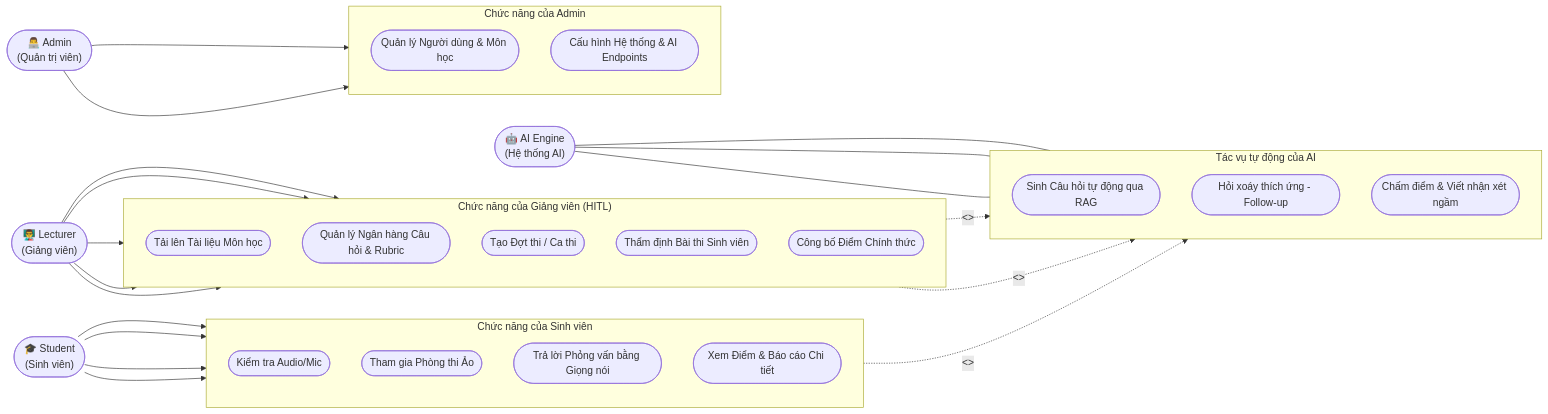
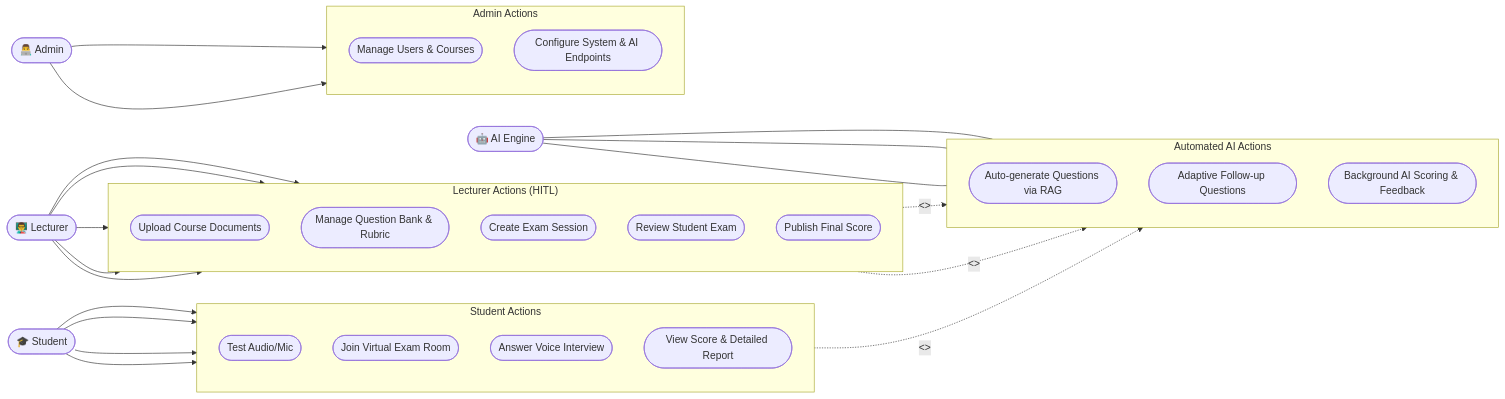
Before and after one commit to SWD392-Group-4/AI-powered-Viva-Exam-System: the diagram in document/diagrams/use-case-diagram.mmd, drawn with Mermaid.

```diff
--- a/document/diagrams/use-case-diagram.mmd
+++ b/document/diagrams/use-case-diagram.mmd
@@ -1,67 +1,67 @@
 flowchart LR
-    %% Định nghĩa các Actor
-    STU(["🎓 Student\n(Sinh viên)"])
-    LEC(["👨‍🏫 Lecturer\n(Giảng viên)"])
-    ADM(["👨‍💻 Admin\n(Quản trị viên)"])
-    AI(["🤖 AI Engine\n(Hệ thống AI)"])
+    %% Define Actors
+    STU(["🎓 Student"])
+    LEC(["👨‍🏫 Lecturer"])
+    ADM(["👨‍💻 Admin"])
+    AI(["🤖 AI Engine"])
 
-    %% Nhóm chức năng của Sinh viên
-    subgraph Student_Actions ["Chức năng của Sinh viên"]
+    %% Student Actions
+    subgraph Student_Actions ["Student Actions"]
         direction TB
-        UC_TestMic([Kiểm tra Audio/Mic])
-        UC_JoinRoom([Tham gia Phòng thi Ảo])
-        UC_Answer([Trả lời Phỏng vấn bằng Giọng nói])
-        UC_ViewResult([Xem Điểm & Báo cáo Chi tiết])
+        UC_TestMic([Test Audio/Mic])
+        UC_JoinRoom([Join Virtual Exam Room])
+        UC_Answer([Answer Voice Interview])
+        UC_ViewResult([View Score & Detailed Report])
     end
 
-    %% Nhóm chức năng của Giảng viên
-    subgraph Lecturer_Actions ["Chức năng của Giảng viên (HITL)"]
+    %% Lecturer Actions
+    subgraph Lecturer_Actions ["Lecturer Actions (HITL)"]
         direction TB
-        UC_UploadDoc([Tải lên Tài liệu Môn học])
-        UC_ManageBank([Quản lý Ngân hàng Câu hỏi & Rubric])
-        UC_CreateExam([Tạo Đợt thi / Ca thi])
-        UC_ReviewExam([Thẩm định Bài thi Sinh viên])
-        UC_PublishScore([Công bố Điểm Chính thức])
+        UC_UploadDoc([Upload Course Documents])
+        UC_ManageBank([Manage Question Bank & Rubric])
+        UC_CreateExam([Create Exam Session])
+        UC_ReviewExam([Review Student Exam])
+        UC_PublishScore([Publish Final Score])
     end
 
-    %% Nhóm chức năng của Admin
-    subgraph Admin_Actions ["Chức năng của Admin"]
+    %% Admin Actions
+    subgraph Admin_Actions ["Admin Actions"]
         direction TB
-        UC_ManageUsers([Quản lý Người dùng & Môn học])
-        UC_ConfigSys([Cấu hình Hệ thống & AI Endpoints])
+        UC_ManageUsers([Manage Users & Courses])
+        UC_ConfigSys([Configure System & AI Endpoints])
     end
 
-    %% Nhóm chức năng tự động của AI
-    subgraph AI_Actions ["Tác vụ tự động của AI"]
+    %% AI Actions
+    subgraph AI_Actions ["Automated AI Actions"]
         direction TB
-        UC_GenQ([Sinh Câu hỏi tự động qua RAG])
-        UC_FollowUp([Hỏi xoáy thích ứng - Follow-up])
-        UC_Grade([Chấm điểm & Viết nhận xét ngầm])
+        UC_GenQ([Auto-generate Questions via RAG])
+        UC_FollowUp([Adaptive Follow-up Questions])
+        UC_Grade([Background AI Scoring & Feedback])
     end
 
-    %% Gắn Actor với Use Case (Sinh viên)
+    %% Attach Actors to Use Cases (Student)
     STU --> UC_TestMic
     STU --> UC_JoinRoom
     STU --> UC_Answer
     STU --> UC_ViewResult
 
-    %% Gắn Actor với Use Case (Giảng viên)
+    %% Attach Actors to Use Cases (Lecturer)
     LEC --> UC_UploadDoc
     LEC --> UC_ManageBank
     LEC --> UC_CreateExam
     LEC --> UC_ReviewExam
     LEC --> UC_PublishScore
 
-    %% Gắn Actor với Use Case (Admin)
+    %% Attach Actors to Use Cases (Admin)
     ADM --> UC_ManageUsers
     ADM --> UC_ConfigSys
 
-    %% Mối quan hệ Include / Extend (Mô phỏng)
+    %% Include / Extend Relationships (Simulation)
     UC_ManageBank -.->|<<includes>>| UC_GenQ
     UC_Answer -.->|<<includes>>| UC_FollowUp
     UC_ReviewExam -.->|<<includes>>| UC_Grade
 
-    %% Tác nhân AI thực thi ngầm
+    %% AI Background Execution
     AI --- UC_GenQ
     AI --- UC_FollowUp
     AI --- UC_Grade
```
